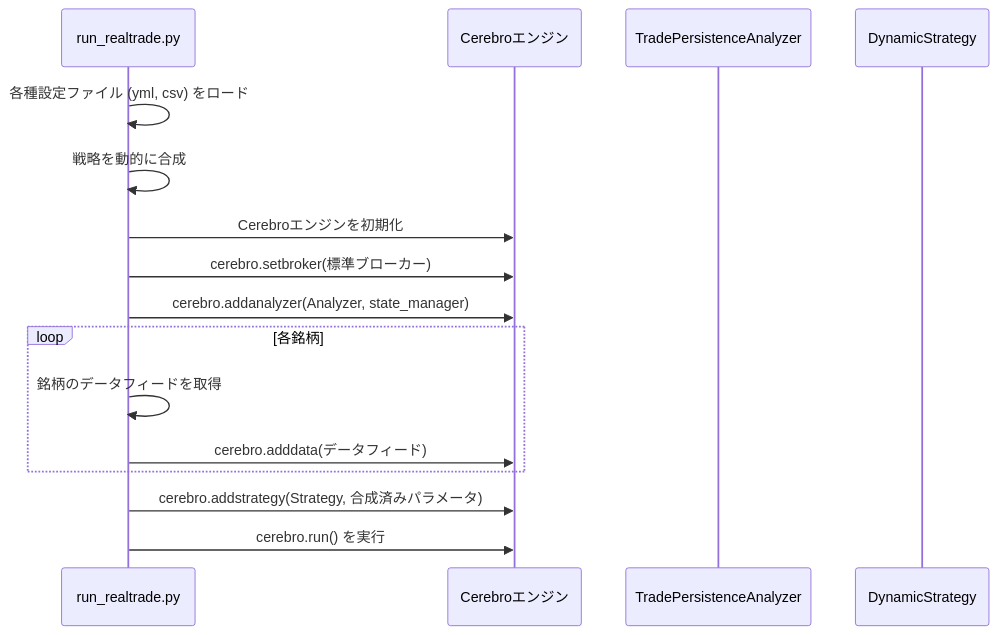
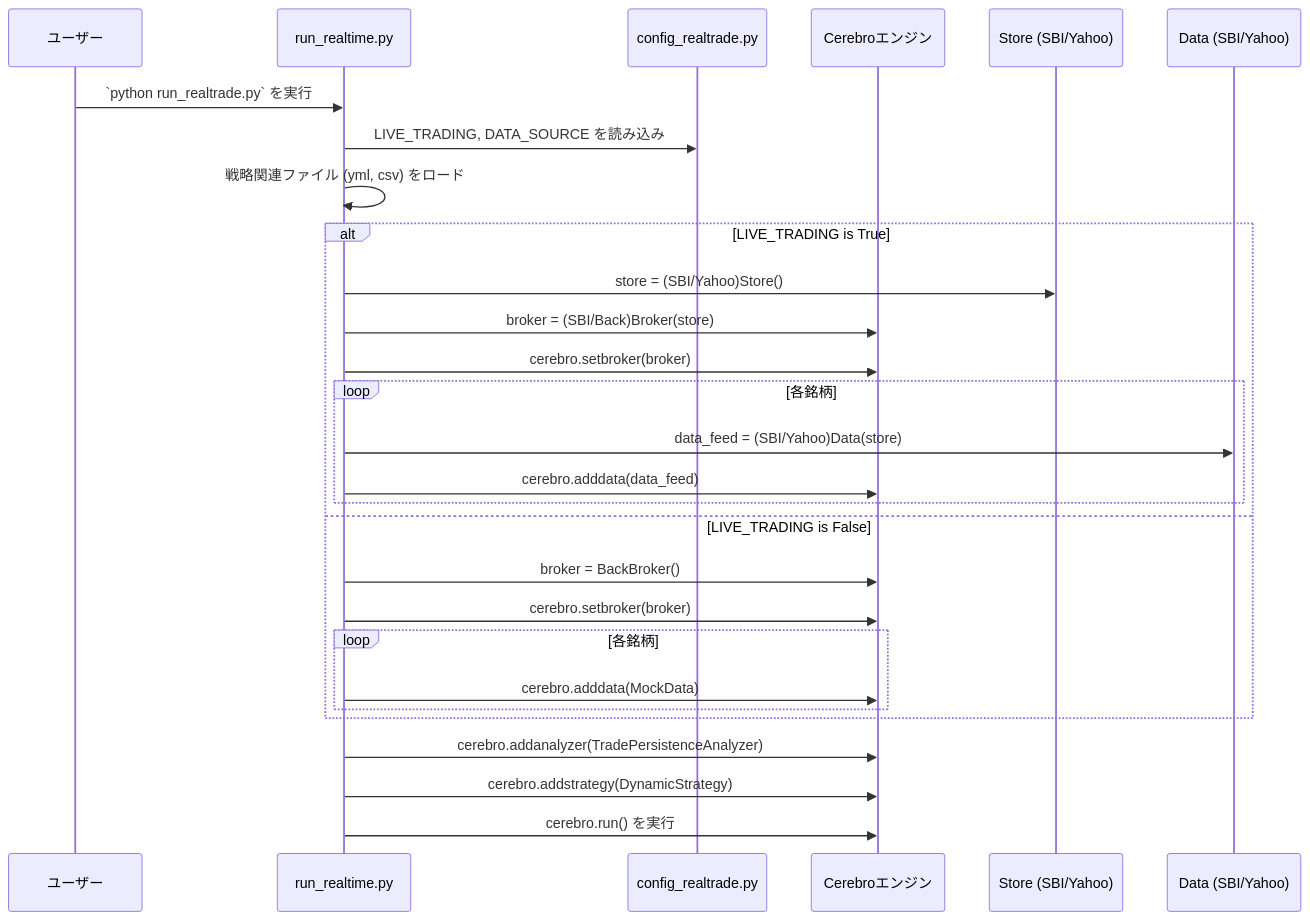
One commit to stockautoflow/stockautov3 changed the second of 2 diagrams in documents/DetailDesign_realtrade.md. Above: the diagram before and after it, drawn with Mermaid. The commit also changed other lines of this file and 14 other files, not shown here.

````diff
--- a/documents/DetailDesign_realtrade.md
+++ b/documents/DetailDesign_realtrade.md
@@ -58,24 +107,33 @@
 ```mermaid
 sequenceDiagram
-    participant Main as run_realtrade.py
+    participant User as ユーザー
+    participant Main as run_realtime.py
+    participant Cfg as config_realtrade.py
     participant Cerebro as Cerebroエンジン
-    participant Analyzer as TradePersistenceAnalyzer
-    participant Strategy as DynamicStrategy
+    participant Store as Store (SBI/Yahoo)
+    participant Data as Data (SBI/Yahoo)
     
-    Main->>Main: 各種設定ファイル (yml, csv) をロード
-    Main->>Main: 戦略を動的に合成
+    User->>Main: `python run_realtrade.py` を実行
+    Main->>Cfg: LIVE_TRADING, DATA_SOURCE を読み込み
+    Main->>Main: 戦略関連ファイル (yml, csv) をロード
     
-    Main->>Cerebro: Cerebroエンジンを初期化
-    Main->>Cerebro: cerebro.setbroker(標準ブローカー)
+    alt LIVE_TRADING is True
+        Main->>Store: store = (SBI/Yahoo)Store()
+        Main->>Cerebro: broker = (SBI/Back)Broker(store)
+        Main->>Cerebro: cerebro.setbroker(broker)
+        loop 各銘柄
+            Main->>Data: data_feed = (SBI/Yahoo)Data(store)
+            Main->>Cerebro: cerebro.adddata(data_feed)
+        end
+    else LIVE_TRADING is False
+        Main->>Cerebro: broker = BackBroker()
+        Main->>Cerebro: cerebro.setbroker(broker)
+        loop 各銘柄
+            Main->>Cerebro: cerebro.adddata(MockData)
+        end
+    end
     
-    Main->>Cerebro: cerebro.addanalyzer(Analyzer, state_manager)
-    
-    loop 各銘柄
-        Main->>Main: 銘柄のデータフィードを取得
-        Main->>Cerebro: cerebro.adddata(データフィード)
-    end
-
-    Main->>Cerebro: cerebro.addstrategy(Strategy, 合成済みパラメータ)
-
+    Main->>Cerebro: cerebro.addanalyzer(TradePersistenceAnalyzer)
+    Main->>Cerebro: cerebro.addstrategy(DynamicStrategy)
     Main->>Cerebro: cerebro.run() を実行
 ```
````
